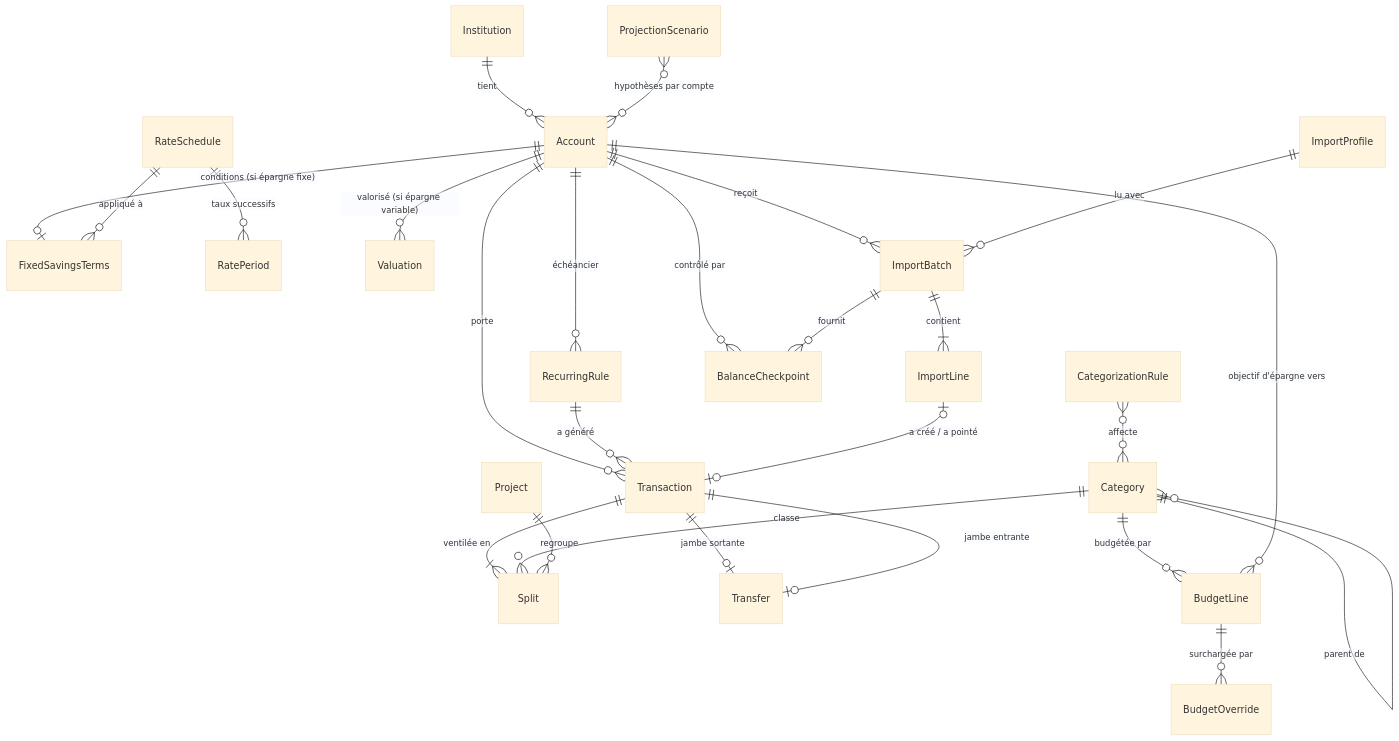
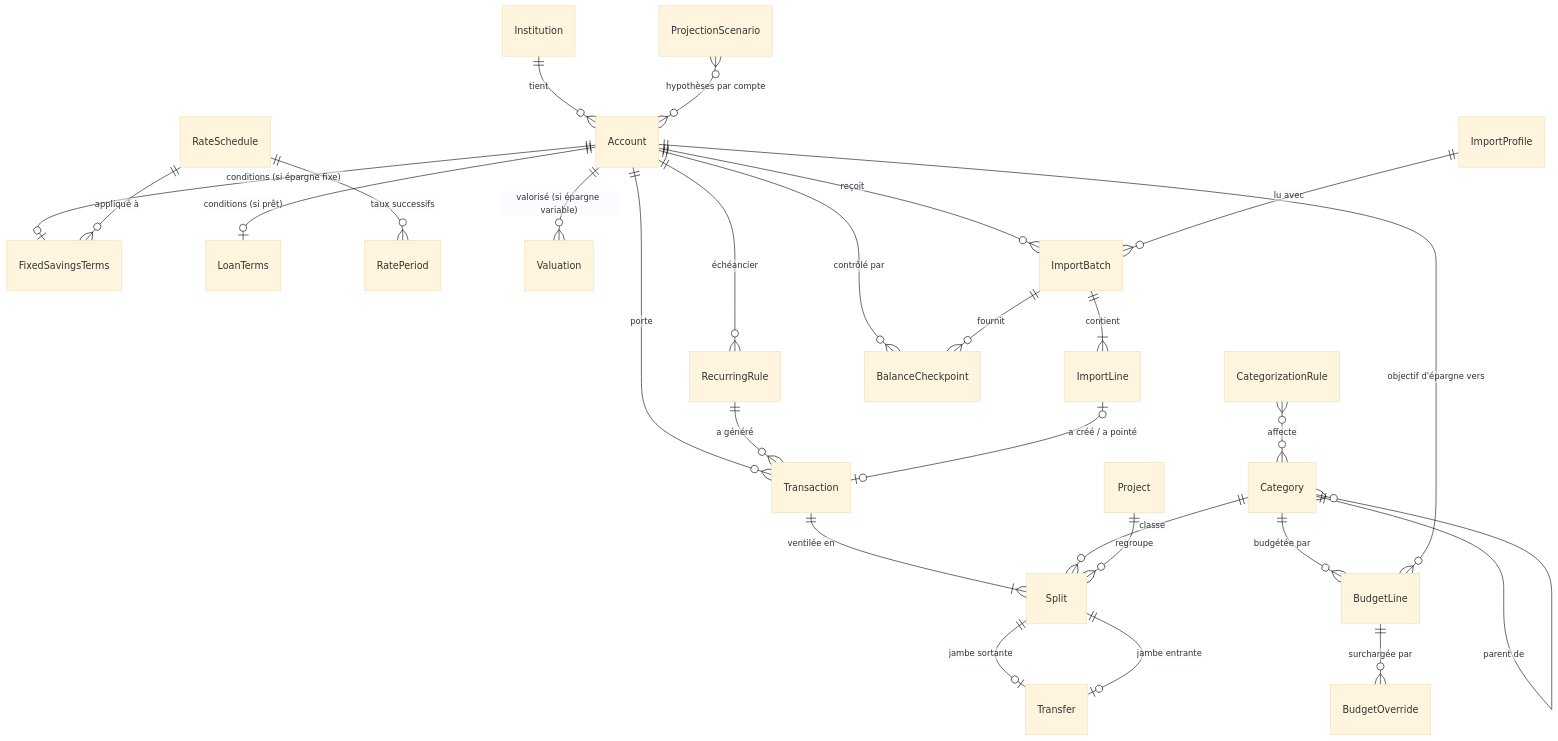
One commit to quentinpigne/cashflow changed the diagram in docs/modele-de-donnees.md. Above: the diagram before and after it, drawn with Mermaid (base theme). The commit also changed other lines of this file and 11 other files, not shown here.

````diff
--- a/docs/modele-de-donnees.md
+++ b/docs/modele-de-donnees.md
@@ -46,28 +46,29 @@
 ```mermaid
 erDiagram
     Institution ||--o{ Account : "tient"
     Account ||--o| FixedSavingsTerms : "conditions (si épargne fixe)"
+    Account ||--o| LoanTerms : "conditions (si prêt)"
     RateSchedule ||--o{ RatePeriod : "taux successifs"
     RateSchedule ||--o{ FixedSavingsTerms : "appliqué à"
     Account ||--o{ Valuation : "valorisé (si épargne variable)"
     Account ||--o{ Transaction : "porte"
     Transaction ||--|{ Split : "ventilée en"
     Category ||--o{ Split : "classe"
     Category ||--o{ Category : "parent de"
-    Transaction ||--o| Transfer : "jambe sortante"
-    Transaction ||--o| Transfer : "jambe entrante"
+    Split ||--o| Transfer : "jambe sortante"
+    Split ||--o| Transfer : "jambe entrante"
     Account ||--o{ RecurringRule : "échéancier"
     RecurringRule ||--o{ Transaction : "a généré"
     Account ||--o{ ImportBatch : "reçoit"
     ImportProfile ||--o{ ImportBatch : "lu avec"
     ImportBatch ||--|{ ImportLine : "contient"
     ImportLine |o--o| Transaction : "a créé / a pointé"
     Account ||--o{ BalanceCheckpoint : "contrôlé par"
     ImportBatch ||--o{ BalanceCheckpoint : "fournit"
     CategorizationRule }o--o{ Category : "affecte"
     ProjectionScenario }o--o{ Account : "hypothèses par compte"
     Project ||--o{ Split : "regroupe"
     Category ||--o{ BudgetLine : "budgétée par"
     Account ||--o{ BudgetLine : "objectif d'épargne vers"
     BudgetLine ||--o{ BudgetOverride : "surchargée par"
 ```
````
